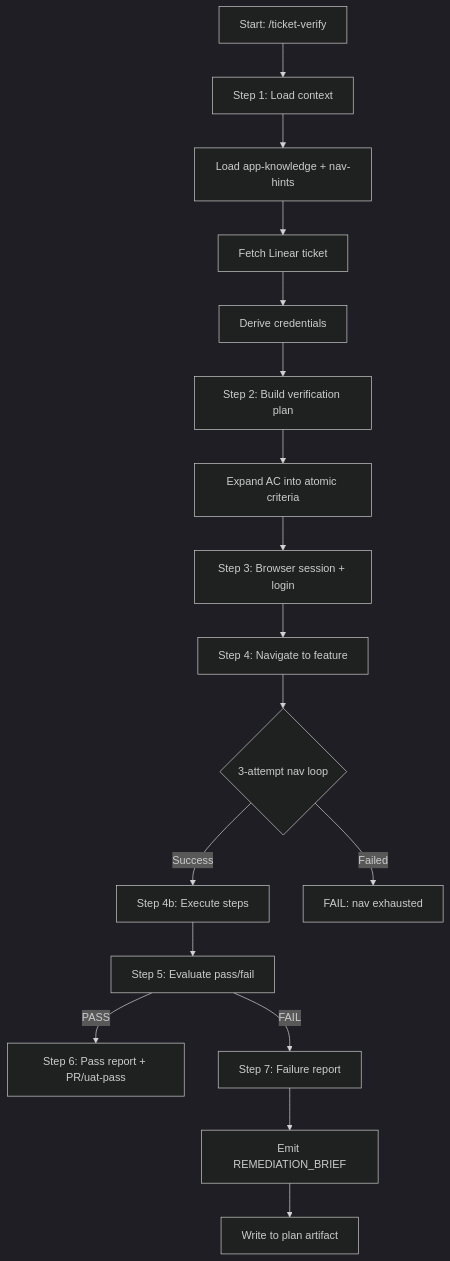
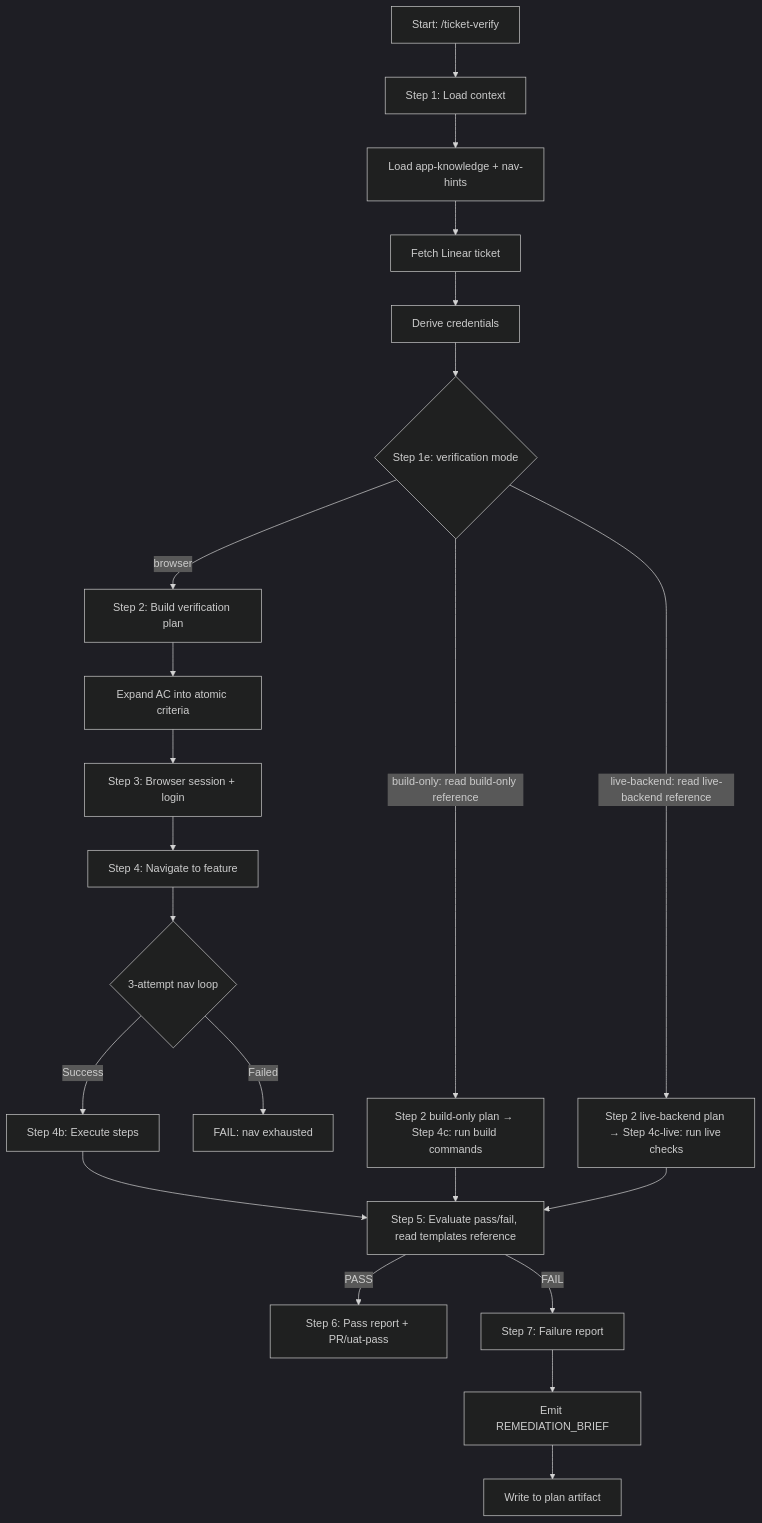
The diagram in ticket-auto-pipeline/docs/skills/ticket-verify.md (rogueprocess13/claude-plugins), drawn with Mermaid (dark theme) before and after one commit. The commit also changed other lines of this file and 14 other files, not shown here.

````diff
--- a/ticket-auto-pipeline/docs/skills/ticket-verify.md
+++ b/ticket-auto-pipeline/docs/skills/ticket-verify.md
@@ -44,19 +46,24 @@
 ```mermaid
 flowchart TD
     A[Start: /ticket-verify] --> B[Step 1: Load context]
     B --> C[Load app-knowledge + nav-hints]
     C --> D[Fetch Linear ticket]
     D --> E[Derive credentials]
-    E --> F[Step 2: Build verification plan]
+    E --> MODE{Step 1e: verification mode}
+    MODE -->|browser| F[Step 2: Build verification plan]
+    MODE -->|build-only: read build-only reference| BO[Step 2 build-only plan → Step 4c: run build commands]
+    MODE -->|live-backend: read live-backend reference| LB[Step 2 live-backend plan → Step 4c-live: run live checks]
     F --> G[Expand AC into atomic criteria]
     G --> H[Step 3: Browser session + login]
     H --> I[Step 4: Navigate to feature]
     I --> J{3-attempt nav loop}
     J -->|Success| K[Step 4b: Execute steps]
     J -->|Failed| FAIL1[FAIL: nav exhausted]
-    K --> L[Step 5: Evaluate pass/fail]
+    K --> L[Step 5: Evaluate pass/fail, read templates reference]
+    BO --> L
+    LB --> L
     L -->|PASS| M[Step 6: Pass report + PR/uat-pass]
     L -->|FAIL| N[Step 7: Failure report]
     N --> O[Emit REMEDIATION_BRIEF]
     O --> P[Write to plan artifact]
 ```
````
